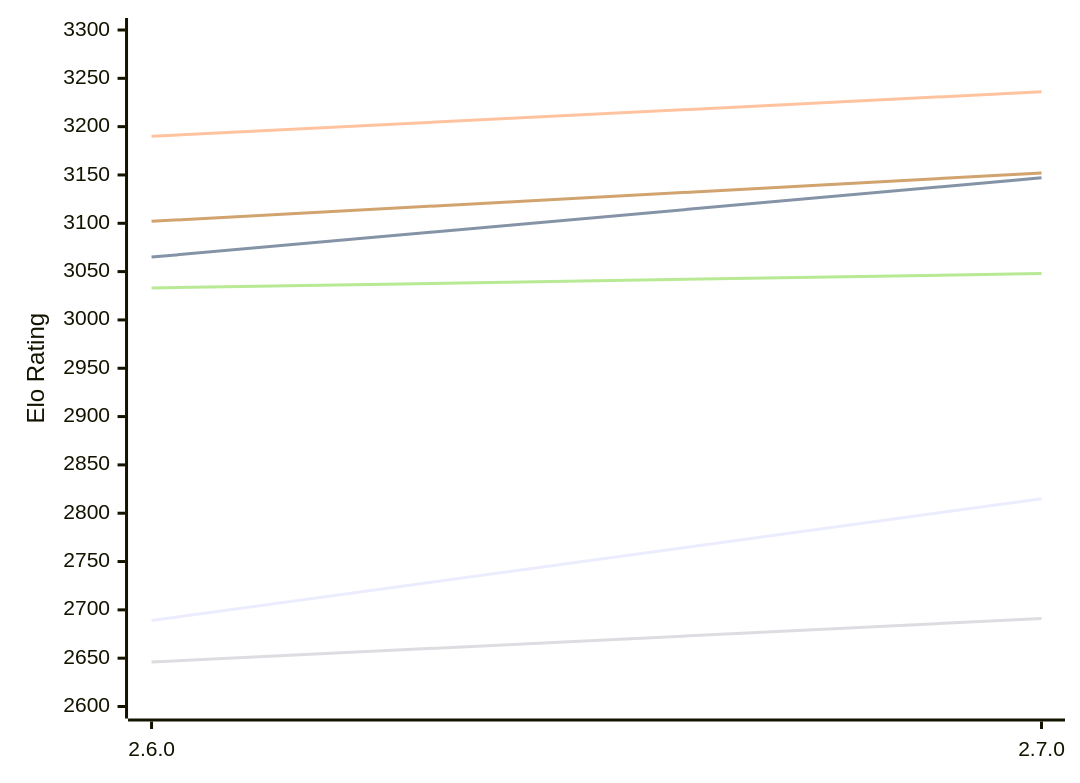
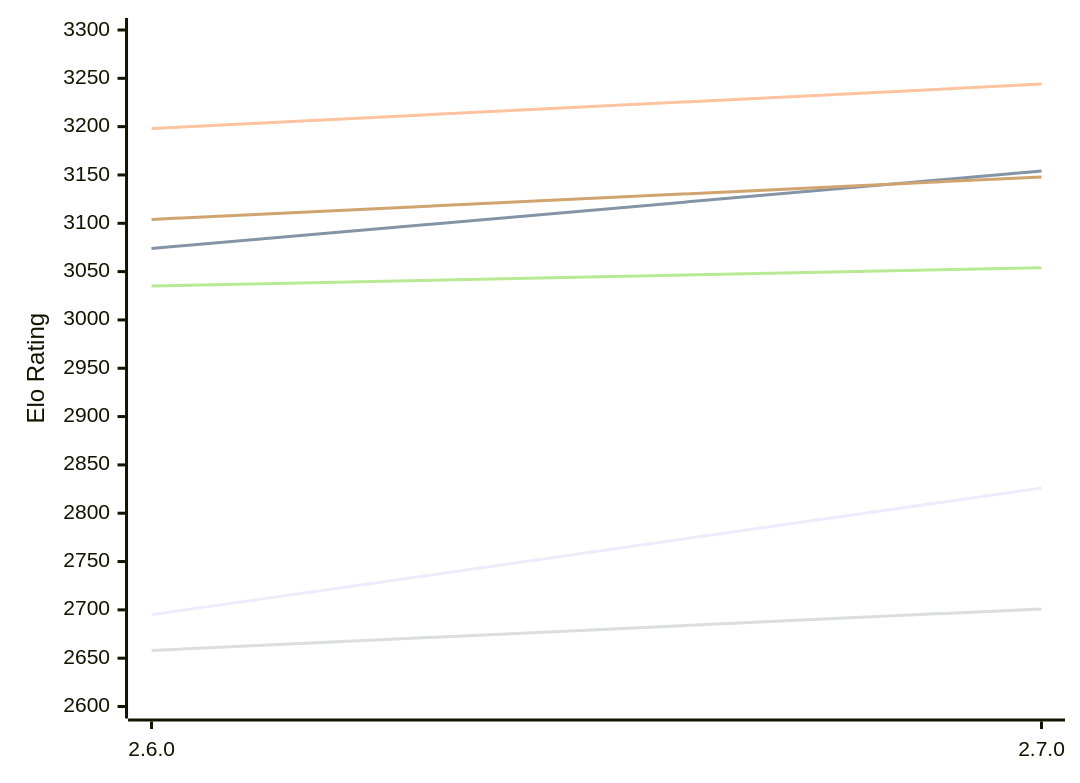
Before and after one commit to computer-chess-index/cci: the first of 2 diagrams in engines/Sturddle2.md, drawn with Mermaid. The commit also changed other lines of this file, not shown here.

Commit message:
Update CCI Ratings (ELO VLTC) - 2026-11-16

````diff
--- a/engines/Sturddle2.md
+++ b/engines/Sturddle2.md
@@ -51,12 +51,12 @@
 ```mermaid
 %%{init: {"theme":"base","themeVariables":{"seriesColors:['#a3a3a3','#222221','#faa371']}}}%%
 xychart-beta
   x-axis ["2.6.0", "2.7.0"]
   y-axis "Elo Rating" 2600 --> 3300
-  line "E1: STC (8.0+0.08s)" [2689, 2815]
-  line "E1: LTC (60.0+0.60s)" [3065, 3147]
-  line "E1: VLTC (2m24s+1.12s)" [3190, 3236]
-  line "P1: STC (8.0+0.08s)" [2646, 2691]
-  line "P1: LTC (60.0+0.60s)" [3033, 3048]
-  line "P1: VLTC (2m24s+1.12s)" [3102, 3152]
+  line "E1: STC (8.0+0.08s)" [2695, 2826]
+  line "E1: LTC (60.0+0.60s)" [3074, 3154]
+  line "E1: VLTC (2m24s+1.12s)" [3198, 3244]
+  line "P1: STC (8.0+0.08s)" [2658, 2701]
+  line "P1: LTC (60.0+0.60s)" [3035, 3054]
+  line "P1: VLTC (2m24s+1.12s)" [3104, 3148]
 ```
````
